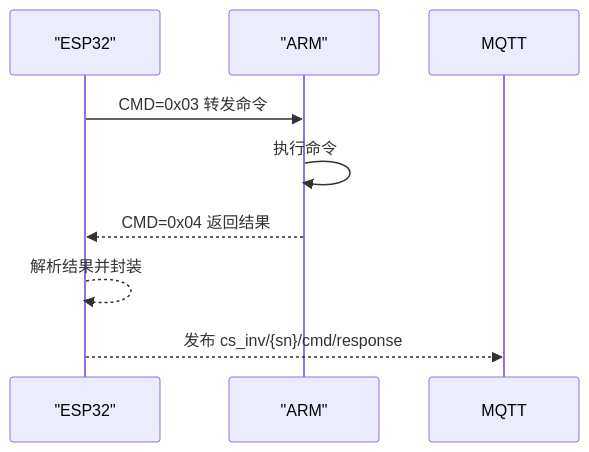
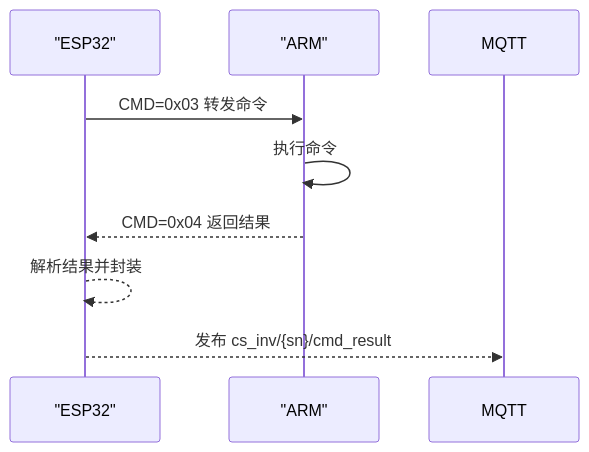
Before and after one commit to mcmrzy/cs_inv_monitor-develop: the sixth of 7 diagrams in .qoder/repowiki/zh/content/MQTT通信协议/下行命令格式/下行命令格式.md, drawn with Mermaid. The commit also changed other lines of this file and 88 other files, not shown here.

````diff
--- a/.qoder/repowiki/zh/content/MQTT通信协议/下行命令格式/下行命令格式.md
+++ b/.qoder/repowiki/zh/content/MQTT通信协议/下行命令格式/下行命令格式.md
@@ -290,10 +381,10 @@
 ```mermaid
 sequenceDiagram
 participant ESP as "ESP32"
 participant ARM as "ARM"
 ESP->>ARM : CMD=0x03 转发命令
 ARM->>ARM : 执行命令
 ARM-->>ESP : CMD=0x04 返回结果
 ESP-->>ESP : 解析结果并封装
-ESP-->>MQTT : 发布 cs_inv/{sn}/cmd/response
+ESP-->>MQTT : 发布 cs_inv/{sn}/cmd_result
 ```
````
